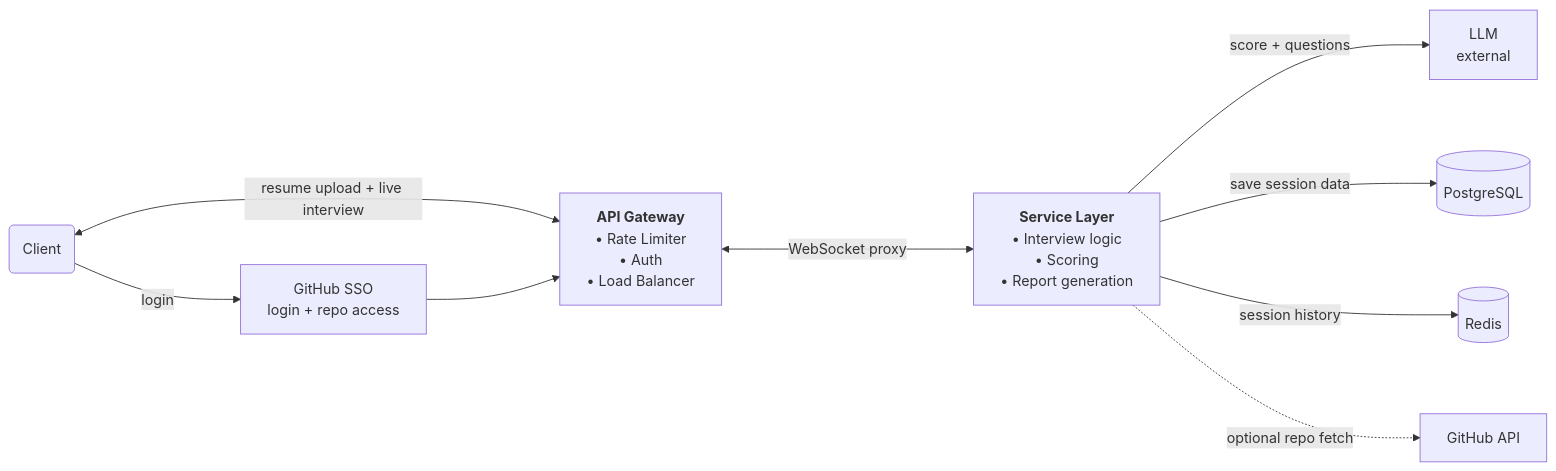
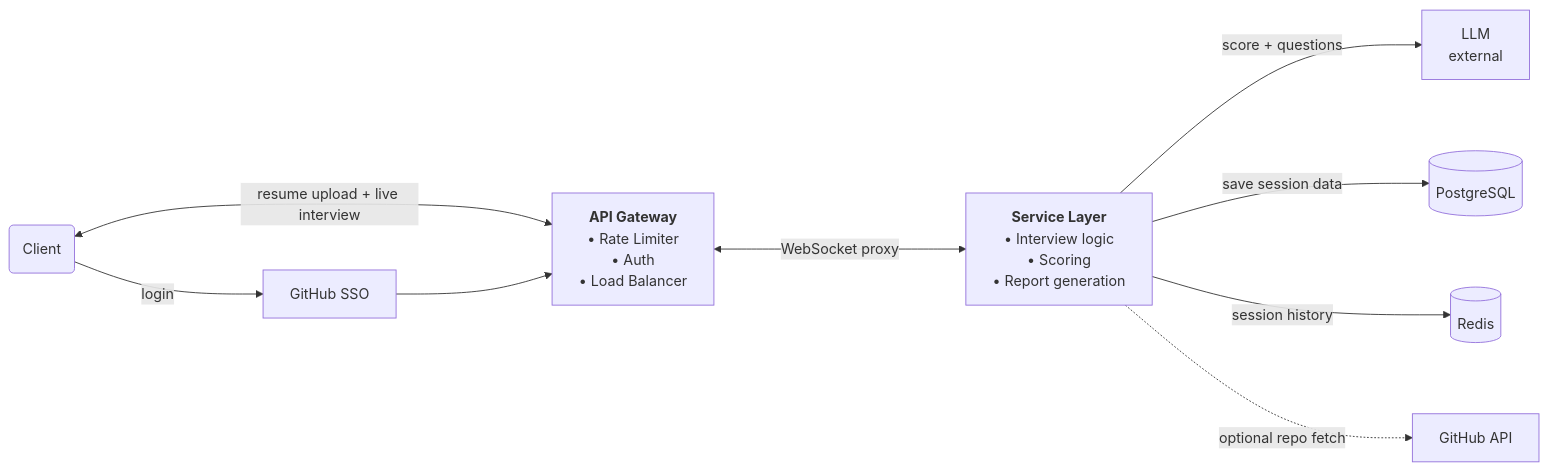
The first of 4 diagrams in SYSTEM_DESIGN.md (shivam-tamboli/GrillMyProject), drawn with Mermaid before and after one commit. The commit also changed other lines of this file, not shown here.

Commit message:
fix remaining github oauth references to two-flow design

````diff
--- a/SYSTEM_DESIGN.md
+++ b/SYSTEM_DESIGN.md
@@ -235,21 +235,21 @@
 ```mermaid
 %%{init: {'flowchart': {'nodeSpacing': 80, 'rankSpacing': 150}}}%%
 flowchart LR
     Client(Client)
-    SSO["GitHub SSO<br/>login + repo access"]
+    SSO["GitHub SSO"]
     GW["<b>API Gateway</b><br/>• Rate Limiter<br/>• Auth<br/>• Load Balancer"]
     SVC["<b>Service Layer</b><br/>• Interview logic<br/>• Scoring<br/>• Report generation"]
     LLM["LLM<br/>external"]
     PG[(PostgreSQL)]
     RD[(Redis)]
     GHAPI["GitHub API"]
 
     Client -->|login| SSO
     Client <-->|resume upload + live interview| GW
     SSO --> GW
     GW <-->|WebSocket proxy| SVC
     SVC -->|score + questions| LLM
     SVC -->|save session data| PG
     SVC -->|session history| RD
     SVC -.->|optional repo fetch| GHAPI
 ```
````
